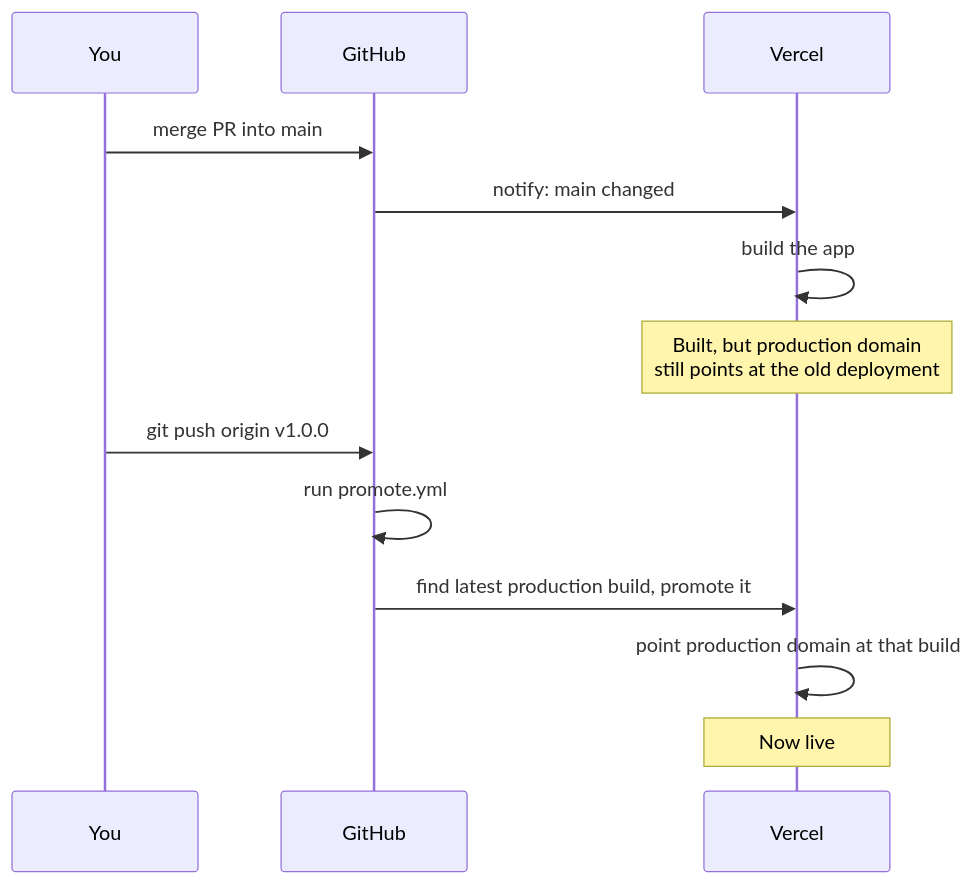
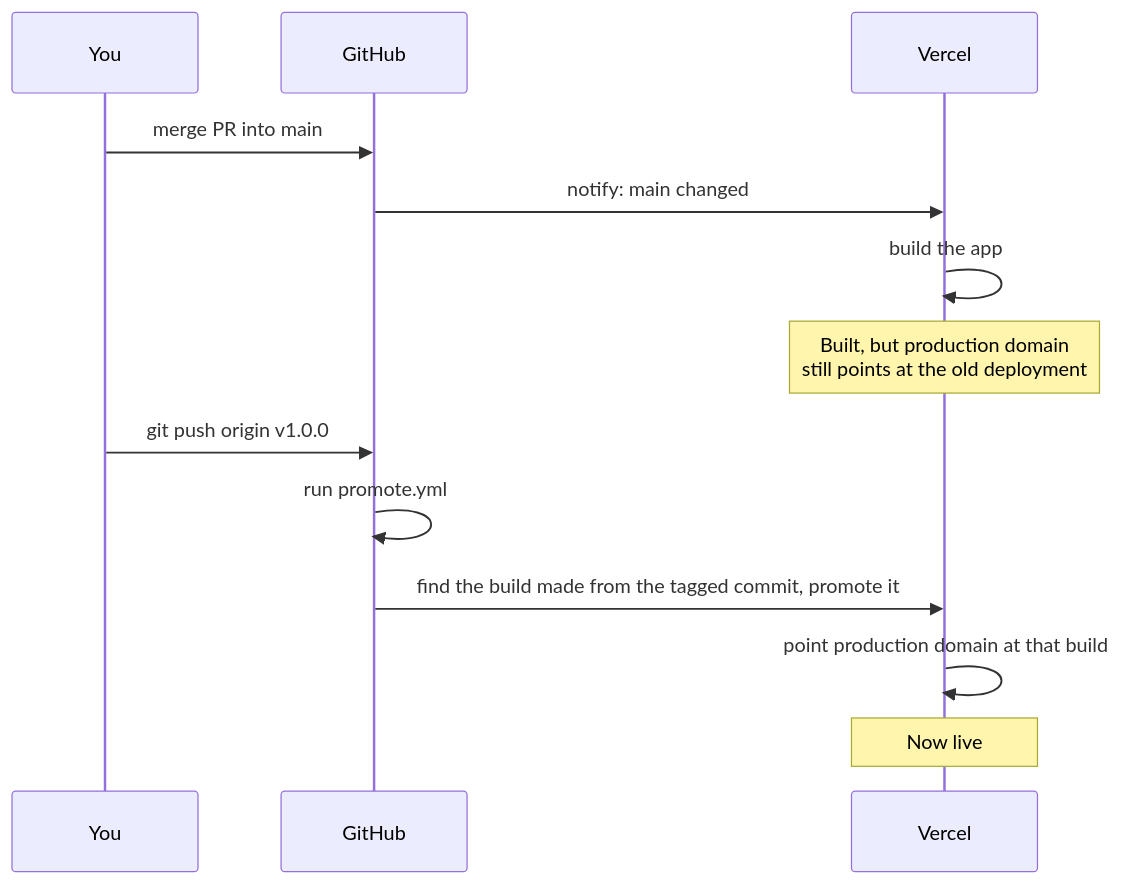
The diagram in docs/lessons/03-tags-releases-promote.md (vplakkot/HomeBase), drawn with Mermaid before and after one commit. The commit also changed other lines of this file and 4 other files, not shown here.

First line of the commit message:
Promote workflow matches the tagged commit, not the latest build

````diff
--- a/docs/lessons/03-tags-releases-promote.md
+++ b/docs/lessons/03-tags-releases-promote.md
@@ -62,17 +62,17 @@
 ```mermaid
 sequenceDiagram
     participant Dev as You
     participant GitHub
     participant Vercel
 
     Dev->>GitHub: merge PR into main
     GitHub->>Vercel: notify: main changed
     Vercel->>Vercel: build the app
     Note over Vercel: Built, but production domain<br/>still points at the old deployment
 
     Dev->>GitHub: git push origin v1.0.0
     GitHub->>GitHub: run promote.yml
-    GitHub->>Vercel: find latest production build, promote it
+    GitHub->>Vercel: find the build made from the tagged commit, promote it
     Vercel->>Vercel: point production domain at that build
     Note over Vercel: Now live
 ```
````
